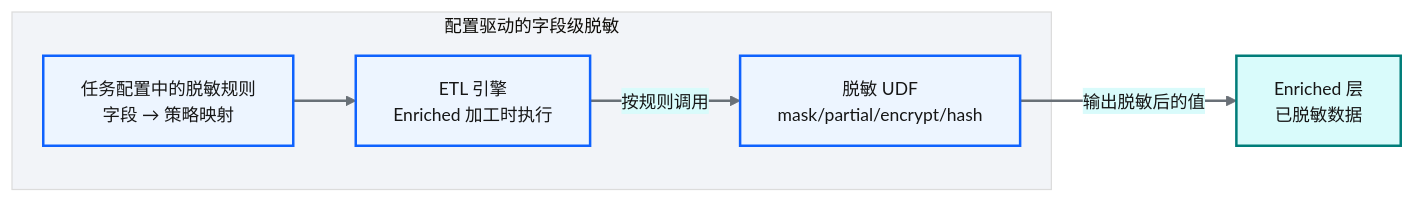
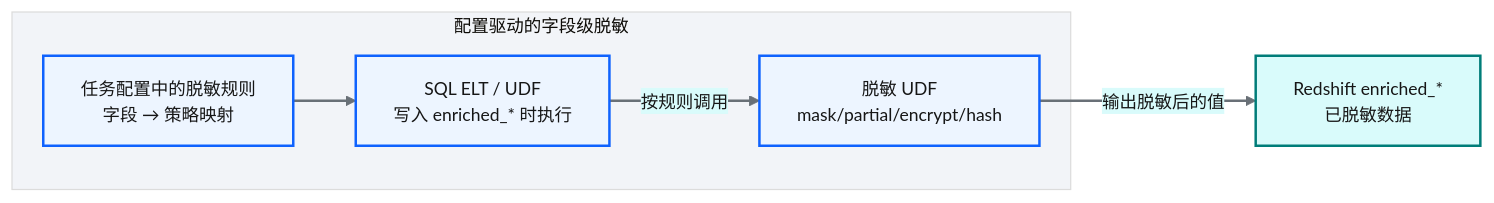
The second of 6 diagrams in docs/18-数据脱敏与隐私治理.md (zhiweio/from-data-to-intelligence), drawn with Mermaid before and after one commit. The commit also changed other lines of this file and 69 other files, not shown here.

````diff
--- a/docs/18-数据脱敏与隐私治理.md
+++ b/docs/18-数据脱敏与隐私治理.md
@@ -79,25 +79,25 @@
 ```mermaid
 %%{init: {'theme':'base','themeVariables':{'primaryColor':'#edf5ff','primaryTextColor':'#161616','primaryBorderColor':'#0f62fe','lineColor':'#697077','secondaryColor':'#d9fbfb','tertiaryColor':'#f2f4f8','fontSize':'14px'}}}%%
 flowchart LR
     classDef bpProcess fill:#edf5ff,stroke:#0f62fe,stroke-width:2px,color:#161616
     classDef bpData fill:#d9fbfb,stroke:#007d79,stroke-width:2px,color:#161616
     classDef bpDecision fill:#fcf4d6,stroke:#f1c21b,stroke-width:2px,color:#161616
     classDef bpSuccess fill:#defbe6,stroke:#198038,stroke-width:2px,color:#161616
     classDef bpError fill:#fff1f1,stroke:#da1e28,stroke-width:2px,color:#161616
     classDef bpExternal fill:#f2f4f8,stroke:#697077,stroke-width:2px,color:#161616
     classDef bpInfo fill:#f6f2ff,stroke:#8a3ffc,stroke-width:2px,color:#161616
     linkStyle default stroke:#697077,stroke-width:2px,fill:none
 
     subgraph 配置驱动脱敏["配置驱动的字段级脱敏"]
         CONFIG[任务配置中的脱敏规则<br/>字段 → 策略映射]
-        ENGINE[ETL 引擎<br/>Enriched 加工时执行]
+        ENGINE[SQL ELT / UDF<br/>写入 enriched_* 时执行]
         UDF[脱敏 UDF<br/>mask/partial/encrypt/hash]
     end
 
     CONFIG --> ENGINE
     ENGINE -->|按规则调用| UDF
-    UDF -->|输出脱敏后的值| ENRICHED[Enriched 层<br/>已脱敏数据]
+    UDF -->|输出脱敏后的值| ENRICHED[Redshift enriched_*<br/>已脱敏数据]
 
     class CONFIG,ENGINE,UDF bpProcess
     class ENRICHED bpData
 ```
````
